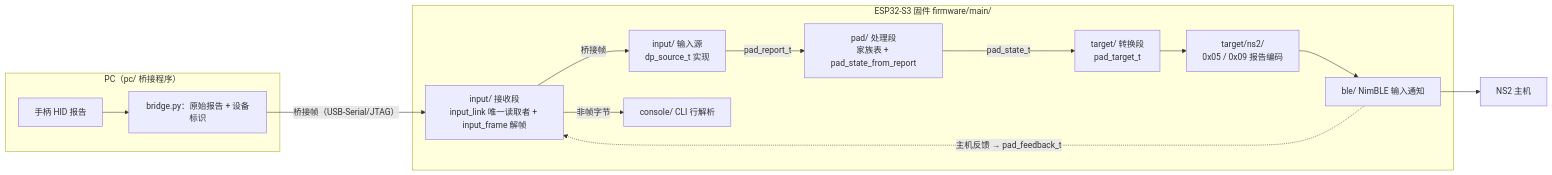
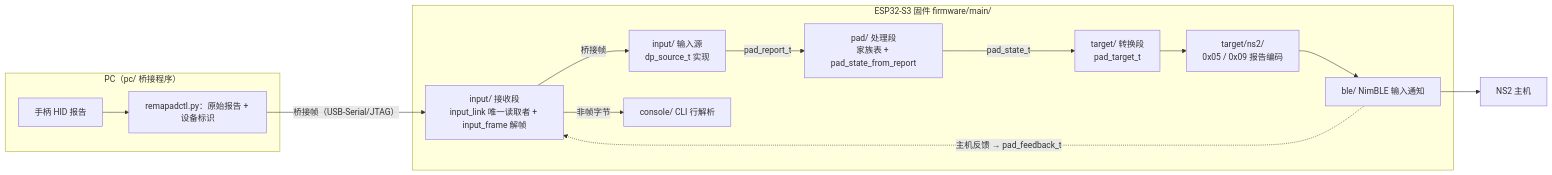
The third of 7 diagrams in docs/ABSTRACTIONS.md (slime7/remapad), drawn with Mermaid before and after one commit. The commit also changed other lines of this file and 46 other files, not shown here.

First line of the commit message:
feat(pc,firmware): PC 工具合并为单进程，新增实机截图与耳机状态透传

````diff
--- a/docs/ABSTRACTIONS.md
+++ b/docs/ABSTRACTIONS.md
@@ -202,24 +207,24 @@
 ```mermaid
 flowchart LR
     subgraph PC["PC（pc/ 桥接程序）"]
-        HID["手柄 HID 报告"] --> BR["bridge.py：原始报告 + 设备标识"]
+        HID["手柄 HID 报告"] --> BR["remapadctl.py：原始报告 + 设备标识"]
     end
 
     BR -- "桥接帧（USB-Serial/JTAG）" --> LINK
 
     subgraph FW["ESP32-S3 固件 firmware/main/"]
         LINK["input/ 接收段<br/>input_link 唯一读取者 + input_frame 解帧"]
         SRC["input/ 输入源<br/>dp_source_t 实现"]
         CLI["console/ CLI 行解析"]
 
         LINK -- "非帧字节" --> CLI
         LINK -- "桥接帧" --> SRC
         SRC -- "pad_report_t" --> DEV["pad/ 处理段<br/>家族表 + pad_state_from_report"]
         DEV -- "pad_state_t" --> TGT["target/ 转换段<br/>pad_target_t"]
         TGT --> NS2["target/ns2/<br/>0x05 / 0x09 报告编码"]
         NS2 --> BLE["ble/ NimBLE 输入通知"]
         BLE -. "主机反馈 → pad_feedback_t" .-> LINK
     end
 
     BLE --> HOST["NS2 主机"]
 ```
````
